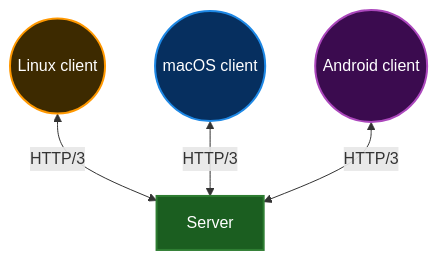
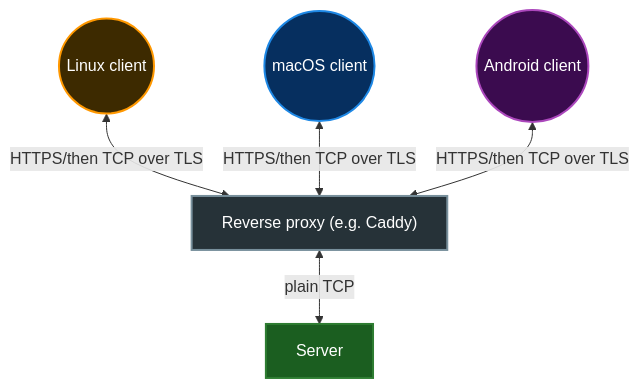
The diagram in README.md (iliabylich/mpclipboard), drawn with Mermaid before and after one commit. The commit also changed other lines of this file and 6 other files, not shown here.

````diff
--- a/README.md
+++ b/README.md
@@ -22,21 +22,25 @@
 ```mermaid
 flowchart TB
+    proxy["Reverse proxy (e.g. Caddy)"]
     server["Server"]
     linux(("Linux client"))
     macos(("macOS client"))
     android(("Android client"))
 
-    linux <-- "HTTP/3" --> server
-    macos <-- "HTTP/3" --> server
-    android <-- "HTTP/3" --> server
+    linux <-- "HTTPS/then TCP over TLS" --> proxy
+    macos <-- "HTTPS/then TCP over TLS" --> proxy
+    android <-- "HTTPS/then TCP over TLS" --> proxy
+    proxy <-- "plain TCP" --> server
 
     classDef server fill:#1b5e20,stroke:#2e7d32,color:#ffffff,stroke-width:2px
+    classDef proxy fill:#263238,stroke:#78909c,color:#ffffff,stroke-width:2px
     classDef linux fill:#3d2a00,stroke:#ff9800,color:#ffffff,stroke-width:2px
     classDef macos fill:#062f5f,stroke:#1e88e5,color:#ffffff,stroke-width:2px
     classDef android fill:#3b0b4f,stroke:#ab47bc,color:#ffffff,stroke-width:2px
 
     class server server
+    class proxy proxy
     class linux linux
     class macos macos
     class android android
 ```
````
